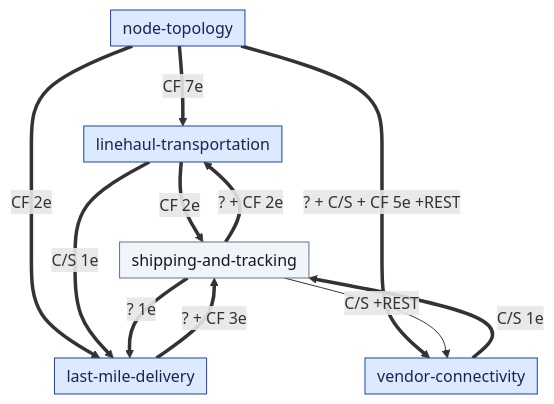
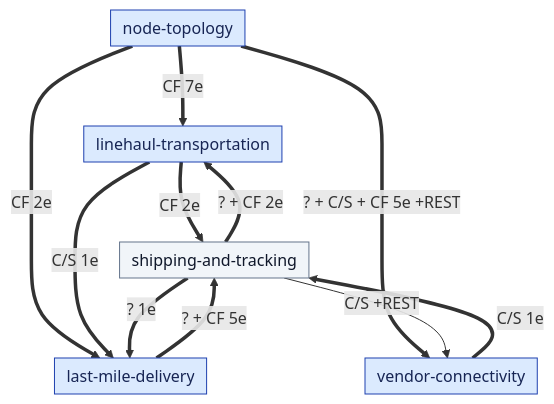
The third of 5 diagrams in network/docs/strategic-design/context-map.md (IQVO/warehouse-docs), drawn with Mermaid before and after one commit. The commit also changed other lines of this file and 23 other files, not shown here.

````diff
--- a/network/docs/strategic-design/context-map.md
+++ b/network/docs/strategic-design/context-map.md
@@ -91,23 +91,23 @@
 ```mermaid
 %%{init: {"flowchart": {"nodeSpacing": 22, "rankSpacing": 56, "padding": 6}}}%%
 flowchart TB
     classDef core fill:#1e3a8a,stroke:#1e3a8a,color:#fff
     classDef sup fill:#dbeafe,stroke:#1e40af,color:#172554
     classDef gen fill:#f1f5f9,stroke:#64748b,color:#0f172a
     classDef ext fill:#ffe3e3,stroke:#c92a2a,color:#000
     NT["node-topology"]:::sup
     LH["linehaul-transportation"]:::sup
     LM["last-mile-delivery"]:::sup
     ST["shipping-and-tracking"]:::gen
     VC["vendor-connectivity"]:::sup
     NT ==>|"CF 7e"| LH
     NT ==>|"CF 2e"| LM
     NT ==>|"? + C/S + CF 5e +REST"| VC
     VC ==>|"C/S 1e"| ST
     LH ==>|"CF 2e"| ST
     LH ==>|"C/S 1e"| LM
-    LM ==>|"? + CF 3e"| ST
+    LM ==>|"? + CF 5e"| ST
     ST ==>|"? + CF 2e"| LH
     ST ==>|"? 1e"| LM
     ST -->|"C/S +REST"| VC
 ```
````
